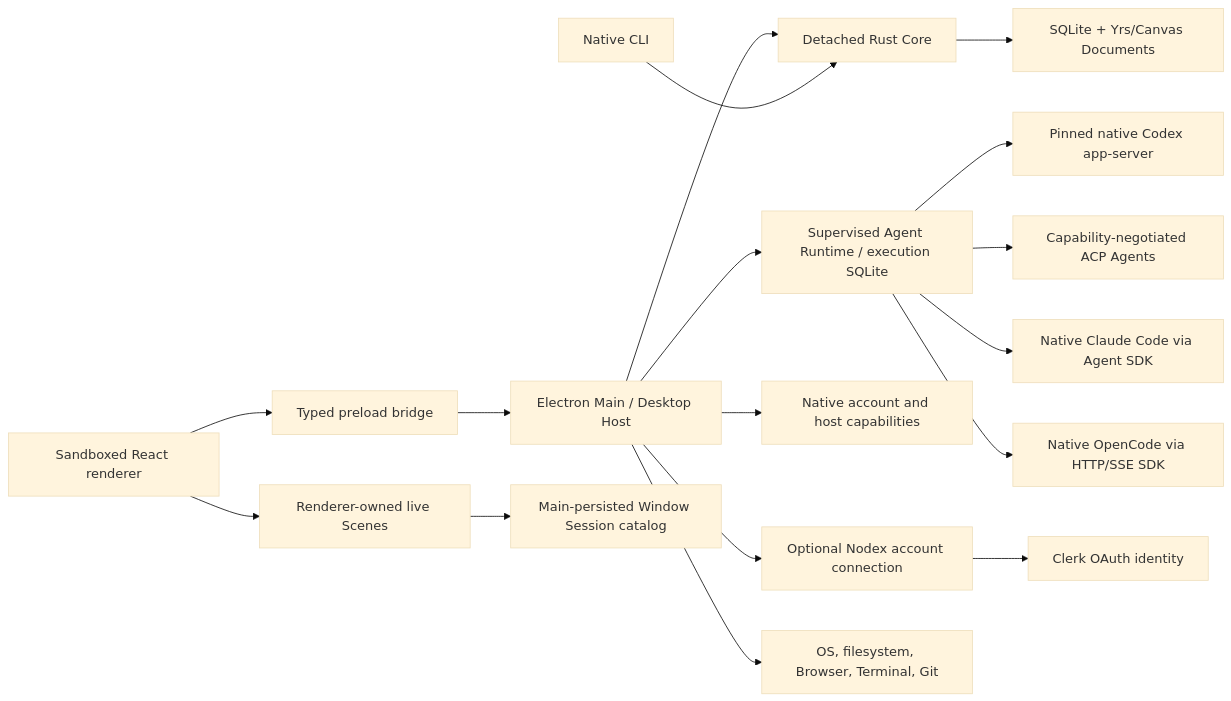
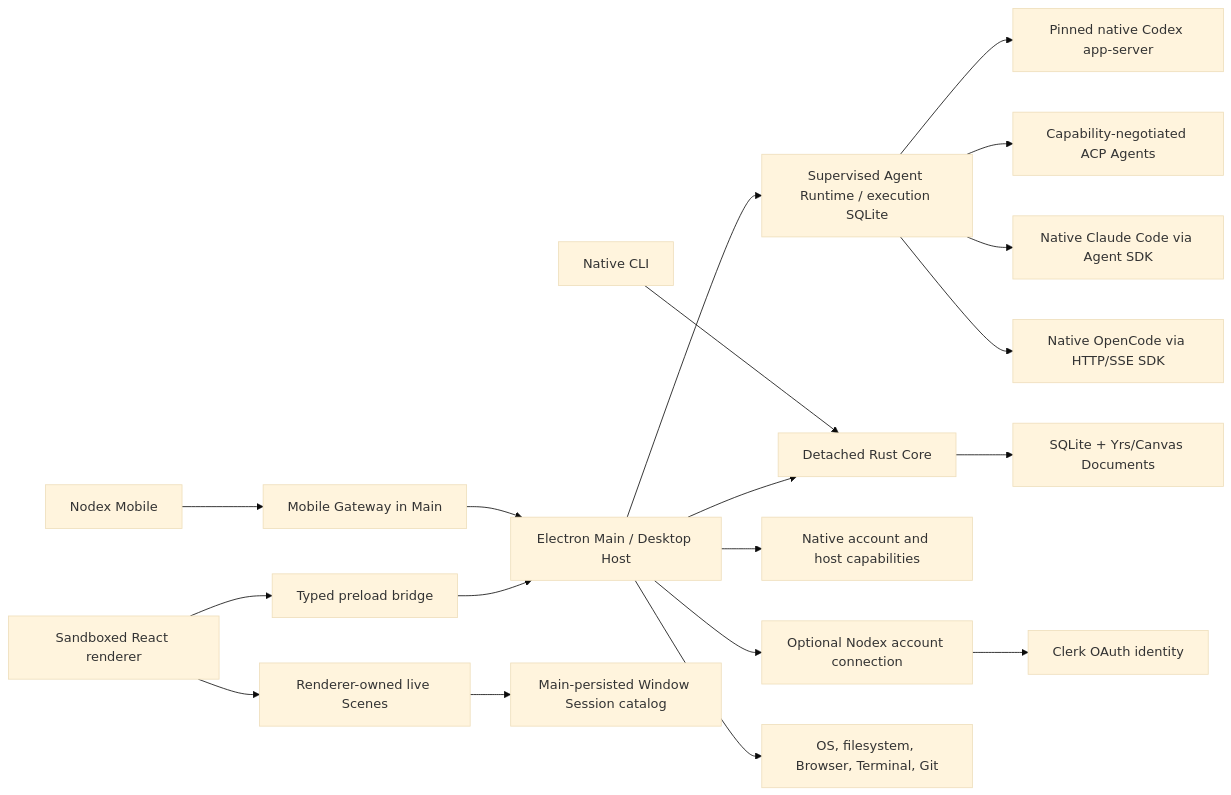
The first of 3 diagrams in docs/ARCHITECTURE.md (junyudev/nodex), drawn with Mermaid (base theme) before and after one commit. The commit also changed other lines of this file and 93 other files, not shown here.

````diff
--- a/docs/ARCHITECTURE.md
+++ b/docs/ARCHITECTURE.md
@@ -16,19 +16,21 @@
 ```mermaid
 flowchart LR
     Renderer["Sandboxed React renderer"] --> Preload["Typed preload bridge"]
     Preload --> Main["Electron Main / Desktop Host"]
     Main --> Core["Detached Rust Core"]
     CLI["Native CLI"] --> Core
     Core --> Store["SQLite + Yrs/Canvas Documents"]
     Main --> Agent["Supervised Agent Runtime / execution SQLite"]
     Agent --> Codex["Pinned native Codex app-server"]
     Agent --> ACP["Capability-negotiated ACP Agents"]
     Agent --> Claude["Native Claude Code via Agent SDK"]
     Agent --> OpenCode["Native OpenCode via HTTP/SSE SDK"]
     Main --> Accounts["Native account and host capabilities"]
+    Phone["Nodex Mobile"] --> Gateway["Mobile Gateway in Main"]
+    Gateway --> Main
     Main --> NodexAccount["Optional Nodex account connection"]
     NodexAccount --> Clerk["Clerk OAuth identity"]
     Main --> Host["OS, filesystem, Browser, Terminal, Git"]
     Renderer --> Scene["Renderer-owned live Scenes"]
     Scene --> Catalog["Main-persisted Window Session catalog"]
 ```
````
